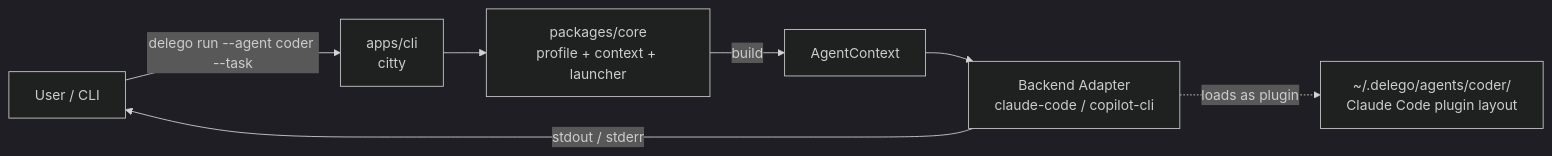
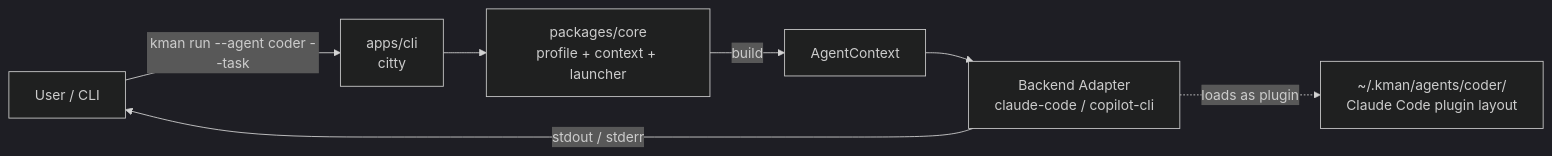
Before and after one commit to unliftedq/kman: the first of 2 diagrams in docs/DESIGN.md, drawn with Mermaid (dark theme). The commit also changed other lines of this file and 15 other files, not shown here.

Commit message:
refactor: rename Delego to Kman across the codebase

````diff
--- a/docs/DESIGN.md
+++ b/docs/DESIGN.md
@@ -39,9 +39,9 @@
 ```mermaid
 flowchart LR
-    user[User / CLI] -->|delego run --agent coder --task| cli[apps/cli<br/>citty]
+    user[User / CLI] -->|kman run --agent coder --task| cli[apps/cli<br/>citty]
     cli --> core[packages/core<br/>profile + context + launcher]
     core -->|build| ctx[AgentContext]
     ctx --> backend[Backend Adapter<br/>claude-code / copilot-cli]
-    backend -.loads as plugin.-> dir[~/.delego/agents/coder/<br/>Claude Code plugin layout]
+    backend -.loads as plugin.-> dir[~/.kman/agents/coder/<br/>Claude Code plugin layout]
     backend -->|stdout / stderr| user
 ```
````
